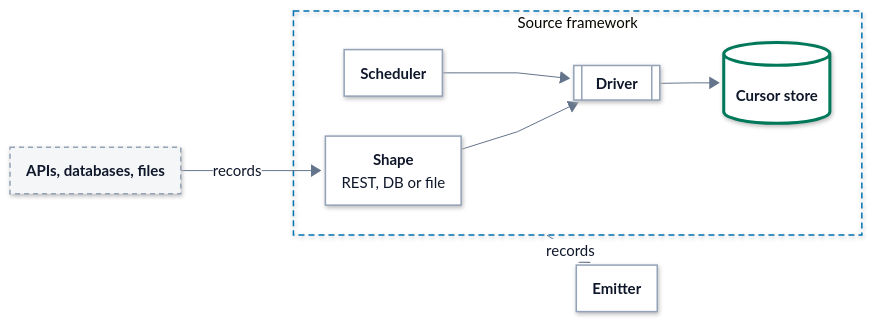
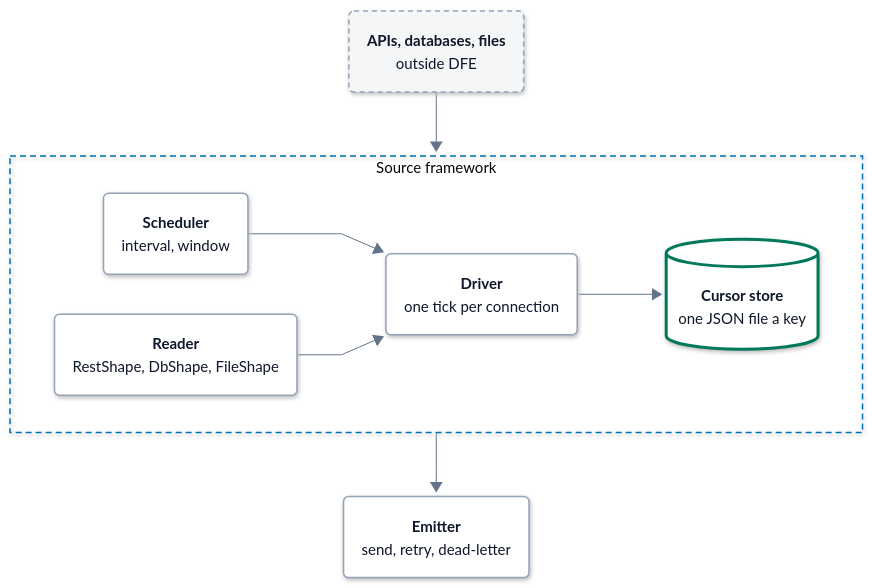
One commit to hyperi-io/dfe-fetcher changed the first of 2 diagrams in docs/internals.md. Above: the diagram before and after it, drawn with Mermaid. The commit also changed other lines of this file and 10 other files, not shown here.

First line of the commit message:
docs(architecture): bring the fetcher pages to the standard (#319)

````diff
--- a/docs/internals.md
+++ b/docs/internals.md
@@ -68,26 +66,30 @@
     .ui .label-icon{color:#D9480F}
     .ext .label-icon{color:#64748B}
 ---
-flowchart LR
+flowchart TB
     accTitle: L4 Detail -- Source framework
-    accDescr: APIs, databases and files feed a connection's shape. The scheduler ticks the connection's driver, which pulls rows from the shape, commits each unit's checkpoint to the cursor store and hands records to the emitter.
+    accDescr: APIs, databases and files feed a reader. Inside the source framework the scheduler ticks the driver, the driver pulls rows from the reader and commits checkpoints to the cursor store. The driver hands records to the emitter.
 
-    providers["<b>APIs, databases, files</b>"]
+    providers("<b>APIs, databases, files</b><br/><span>outside DFE</span>")
 
-    subgraph framework["Source framework"]
-        shape["<b>Shape</b><br/><span>REST, DB or file</span>"]
-        scheduler["<b>Scheduler</b>"]
-        driver[["<b>Driver</b>"]]
-        cursor[("<b>Cursor store</b>")]
+    subgraph SF["Source framework"]
+        direction LR
+        scheduler("<b>Scheduler</b><br/><span>interval, window</span>")
+        reader("<b>Reader</b><br/><span>RestShape, DbShape, FileShape</span>")
+        driver("<b>Driver</b><br/><span>one tick per connection</span>")
+        cursor[("<b>Cursor store</b><br/><span>one JSON file a key</span>")]
+        scheduler --> driver
+        reader --> driver
+        driver --> cursor
     end
 
-    emitter["<b>Emitter</b>"]
+    emitter("<b>Emitter</b><br/><span>send, retry, dead-letter</span>")
 
-    providers -->|records| shape
-    shape --> driver
-    scheduler --> driver
-    driver --> cursor
-    framework -->|records| emitter
+    providers --> SF
+    SF --> emitter
+  class providers ext
+  class scheduler,reader,driver,emitter part
+  class cursor store
   classDef ext fill:#F4F6F8,stroke:#94A3B8,stroke-width:1.5px,stroke-dasharray:5 4,color:#0F172A
   classDef ingest fill:#FFFFFF,stroke:#0E8A7D,stroke-width:3px,color:#0F172A
   classDef xform fill:#FFFFFF,stroke:#7B4FB0,stroke-width:3px,color:#0F172A
@@ -99,8 +101,5 @@
   classDef error fill:#FFFFFF,stroke:#C2410C,stroke-width:3px,color:#0F172A
   classDef control fill:#FFFFFF,stroke:#334155,stroke-width:3px,color:#0F172A
   classDef part fill:#FFFFFF,stroke:#94A3B8,stroke-width:1.5px,color:#0F172A
-  class providers ext
-  class shape,scheduler,driver,emitter part
-  class cursor store
-  style framework fill:none,stroke:#0072B2,stroke-width:1.5px,stroke-dasharray:6 4
+  style SF fill:none,stroke:#0072B2,stroke-width:1.5px,stroke-dasharray:6 4
 ```
````
